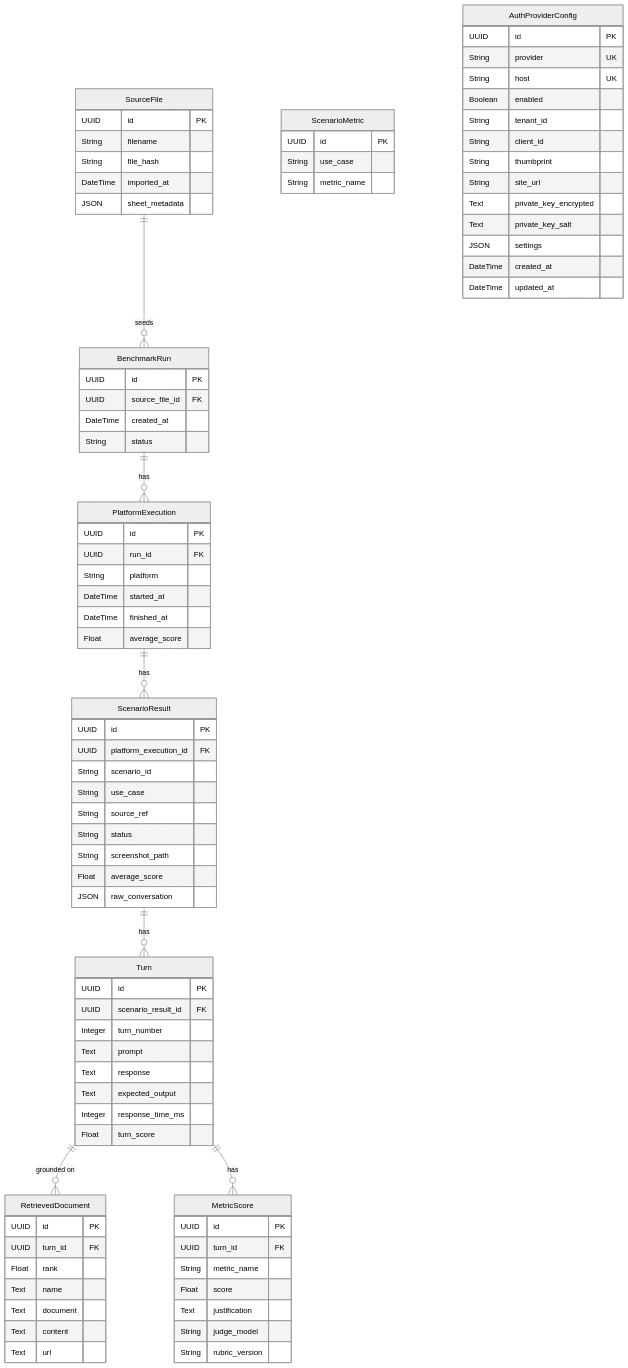
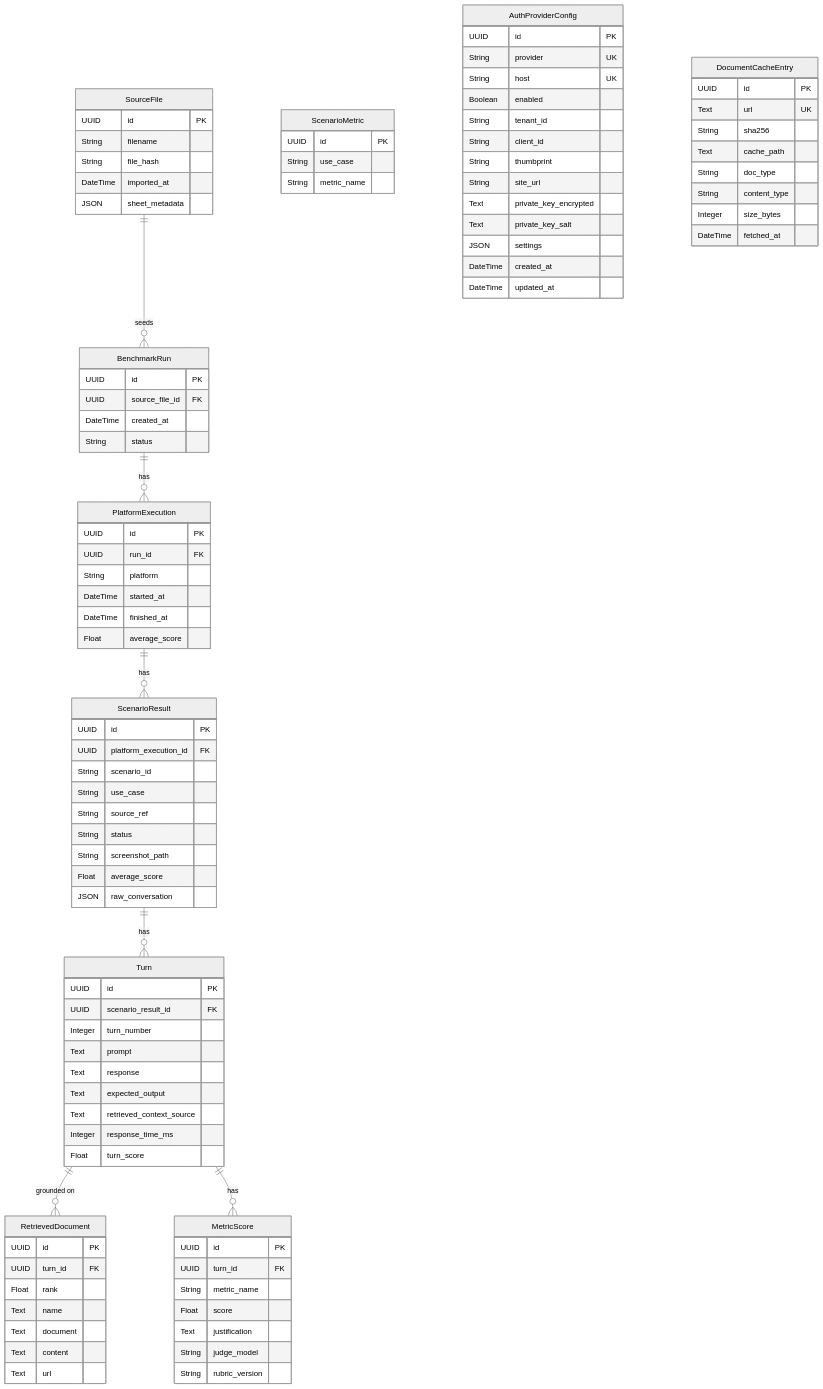
One commit to jmanuelc87/scorekeeper changed the diagram in docs/data-model.md. Above: the diagram before and after it, drawn with Mermaid (neutral theme). The commit also changed other lines of this file and 35 other files, not shown here.

```diff
--- a/docs/data-model.md
+++ b/docs/data-model.md
@@ -82,6 +82,7 @@
         Text prompt
         Text response
         Text expected_output
+        Text retrieved_context_source
         Integer response_time_ms
         Float turn_score
     }
@@ -128,6 +129,17 @@
         DateTime updated_at
     }
 
+    DocumentCacheEntry {
+        UUID id PK
+        Text url UK
+        String sha256
+        Text cache_path
+        String doc_type
+        String content_type
+        Integer size_bytes
+        DateTime fetched_at
+    }
+
     SourceFile ||--o{ BenchmarkRun : "seeds"
     BenchmarkRun ||--o{ PlatformExecution : "has"
     PlatformExecution ||--o{ ScenarioResult : "has"
```
